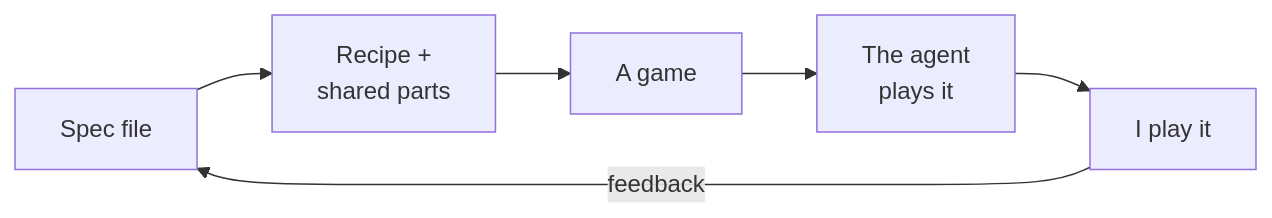
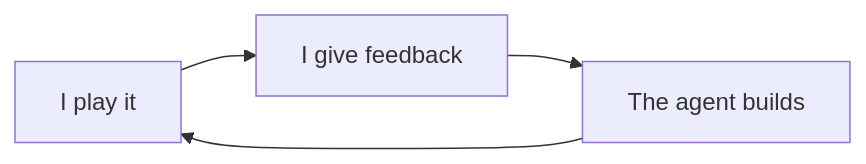
Before and after one commit to jpjj/presentations: the diagram in presentations/or-games-factory/slides.md, drawn with Mermaid. The commit also changed other lines of this file and 23 other files, not shown here.

````diff
--- a/presentations/or-games-factory/slides.md
+++ b/presentations/or-games-factory/slides.md
@@ -264,8 +182,6 @@
 ```mermaid {scale: 0.8}
 flowchart LR
-  S[Spec file] --> R[Recipe +<br/>shared parts]
-  R --> G[A game]
-  G --> T[The agent<br/>plays it]
-  T --> O[I play it]
-  O -->|feedback| S
+  P[I play it] --> F[I give feedback]
+  F --> A[The agent builds]
+  A --> P
 ```
````
